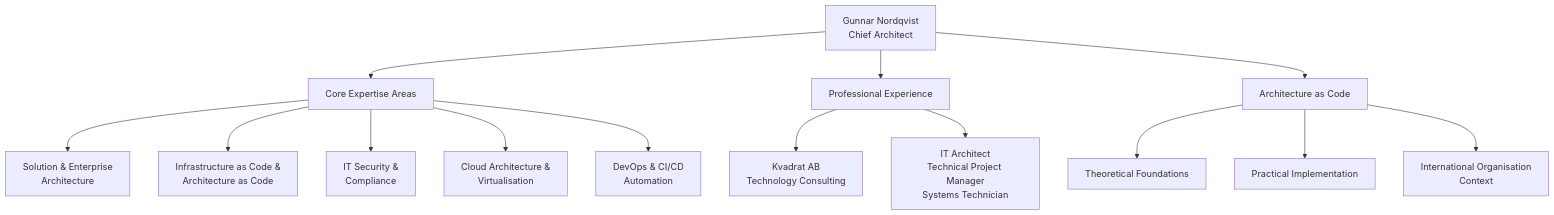
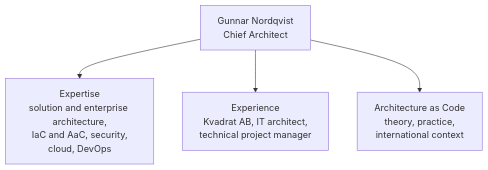
Before and after one commit to Geonitab/architecture_as_code: the diagram in docs/images/diagram_29_author_profile.mmd, drawn with Mermaid. The commit also changed 56 other files, not shown here.

First line of the commit message:
Make Mermaid figures legible: fewer elements, narrower, one message each

```diff
--- a/docs/images/diagram_29_author_profile.mmd
+++ b/docs/images/diagram_29_author_profile.mmd
@@ -1,19 +1,8 @@
 graph TB
-    Author[Gunnar Nordqvist<br/>Chief Architect]:::kv-outline
-
-    Author --> Expertise[Core Expertise Areas]:::kv-highlight
-    Author --> Experience[Professional Experience]:::kv-highlight
-    Author --> Book[Architecture as Code]:::kv-primary
-    
-    Expertise --> SolArch[Solution & Enterprise<br/>Architecture]:::kv-accent
-    Expertise --> IaC[Infrastructure as Code &<br/>Architecture as Code]:::kv-accent
-    Expertise --> Security[IT Security &<br/>Compliance]:::kv-accent
-    Expertise --> Cloud[Cloud Architecture &<br/>Virtualisation]:::kv-accent
-    Expertise --> DevOps[DevOps & CI/CD<br/>Automation]:::kv-accent
-    
-    Experience --> Kvadrat[Kvadrat AB<br/>Technology Consulting]:::kv-primary
-    Experience --> Roles[IT Architect<br/>Technical Project Manager<br/>Systems Technician]:::kv-muted
-    
-    Book --> Principles[Theoretical Foundations]:::kv-highlight
-    Book --> Practice[Practical Implementation]:::kv-highlight
-    Book --> Context[International Organisation<br/>Context]:::kv-highlight
+    Author["Gunnar Nordqvist<br/>Chief Architect"]:::kv-primary
+    Expertise["Expertise<br/>solution and enterprise architecture,<br/>IaC and AaC, security,<br/>cloud, DevOps"]:::kv-accent
+    Experience["Experience<br/>Kvadrat AB, IT architect,<br/>technical project manager"]:::kv-accent
+    Book["Architecture as Code<br/>theory, practice,<br/>international context"]:::kv-highlight
+    Author --> Expertise
+    Author --> Experience
+    Author --> Book
```
